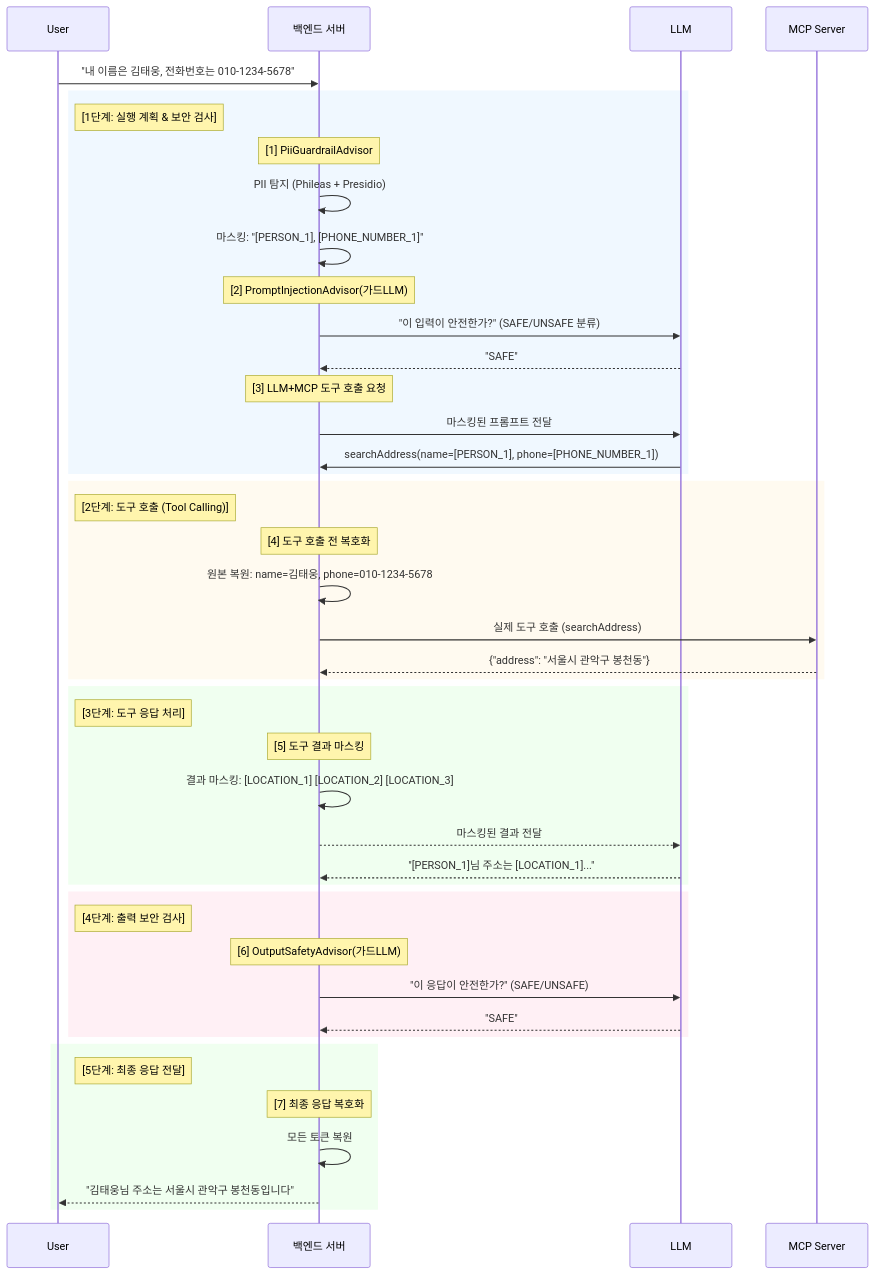
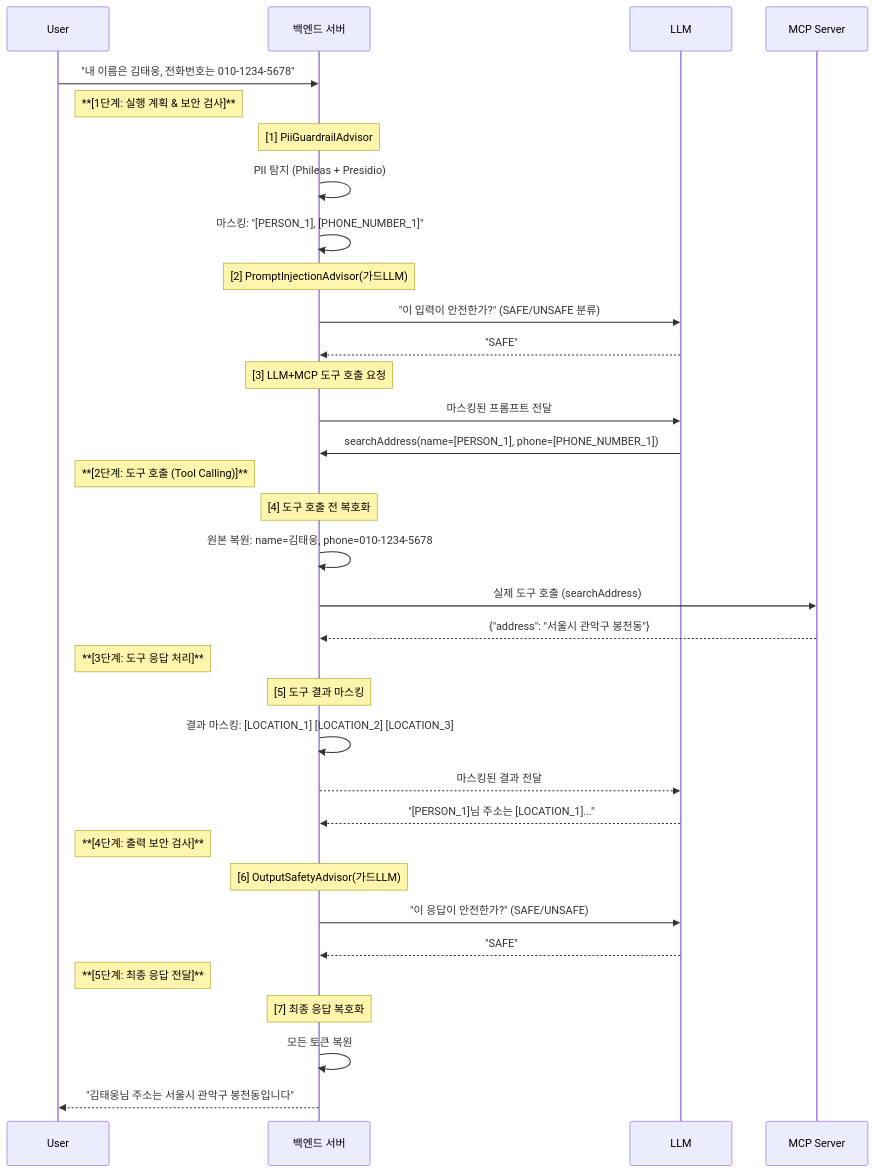
Before and after one commit to ultramancode/spring-ai-guardrail-poc: the first of 6 diagrams in README.md, drawn with Mermaid. The commit also changed other lines of this file, not shown here.

Commit message:
docs: README UML 다크모드 가독성 개선

````diff
--- a/README.md
+++ b/README.md
@@ -98,54 +98,44 @@
 ```mermaid
 sequenceDiagram
     participant User
     participant Backend as 백엔드 서버
     participant LLM
     participant Tool as MCP Server
 
     User->>Backend: "내 이름은 김태웅, 전화번호는 010-1234-5678"
     
-    rect rgb(240, 248, 255)
-    note right of User: [1단계: 실행 계획 & 보안 검사]
+    note right of User: **[1단계: 실행 계획 & 보안 검사]**
     Note over Backend: [1] PiiGuardrailAdvisor
     Backend->>Backend: PII 탐지 (Phileas + Presidio)
     Backend->>Backend: 마스킹: "[PERSON_1], [PHONE_NUMBER_1]"
     
     Note over Backend: [2] PromptInjectionAdvisor(가드LLM)
     Backend->>LLM: "이 입력이 안전한가?" (SAFE/UNSAFE 분류)
     LLM-->>Backend: "SAFE"
     
     Note over Backend: [3] LLM+MCP 도구 호출 요청
     Backend->>LLM: 마스킹된 프롬프트 전달
     LLM->>Backend: searchAddress(name=[PERSON_1], phone=[PHONE_NUMBER_1])
-    end
     
-    rect rgb(255, 250, 240)
-    note right of User: [2단계: 도구 호출 (Tool Calling)]
+    note right of User: **[2단계: 도구 호출 (Tool Calling)]**
     Note over Backend: [4] 도구 호출 전 복호화
     Backend->>Backend: 원본 복원: name=김태웅, phone=010-1234-5678
     Backend->>Tool: 실제 도구 호출 (searchAddress)
     Tool-->>Backend: {"address": "서울시 관악구 봉천동"}
-    end
 
-    rect rgb(240, 255, 240)
-    note right of User: [3단계: 도구 응답 처리]
+    note right of User: **[3단계: 도구 응답 처리]**
     Note over Backend: [5] 도구 결과 마스킹
     Backend->>Backend: 결과 마스킹: [LOCATION_1] [LOCATION_2] [LOCATION_3]
     Backend-->>LLM: 마스킹된 결과 전달
     LLM-->>Backend: "[PERSON_1]님 주소는 [LOCATION_1]..."
-    end
     
-    rect rgb(255, 240, 245)
-    note right of User: [4단계: 출력 보안 검사]
+    note right of User: **[4단계: 출력 보안 검사]**
     Note over Backend: [6] OutputSafetyAdvisor(가드LLM)
     Backend->>LLM: "이 응답이 안전한가?" (SAFE/UNSAFE)
     LLM-->>Backend: "SAFE"
-    end
     
-    rect rgb(240, 255, 240)
-    note right of User: [5단계: 최종 응답 전달]
+    note right of User: **[5단계: 최종 응답 전달]**
     Note over Backend: [7] 최종 응답 복호화
     Backend->>Backend: 모든 토큰 복원
     Backend-->>User: "김태웅님 주소는 서울시 관악구 봉천동입니다"
-    end
 ```
````
